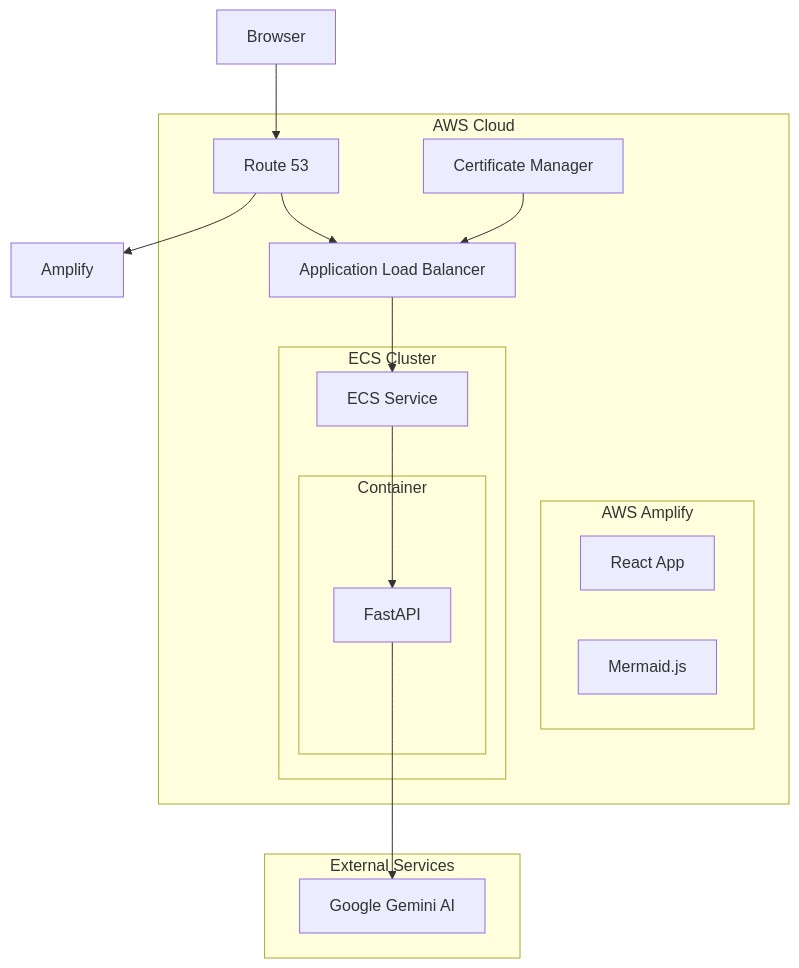
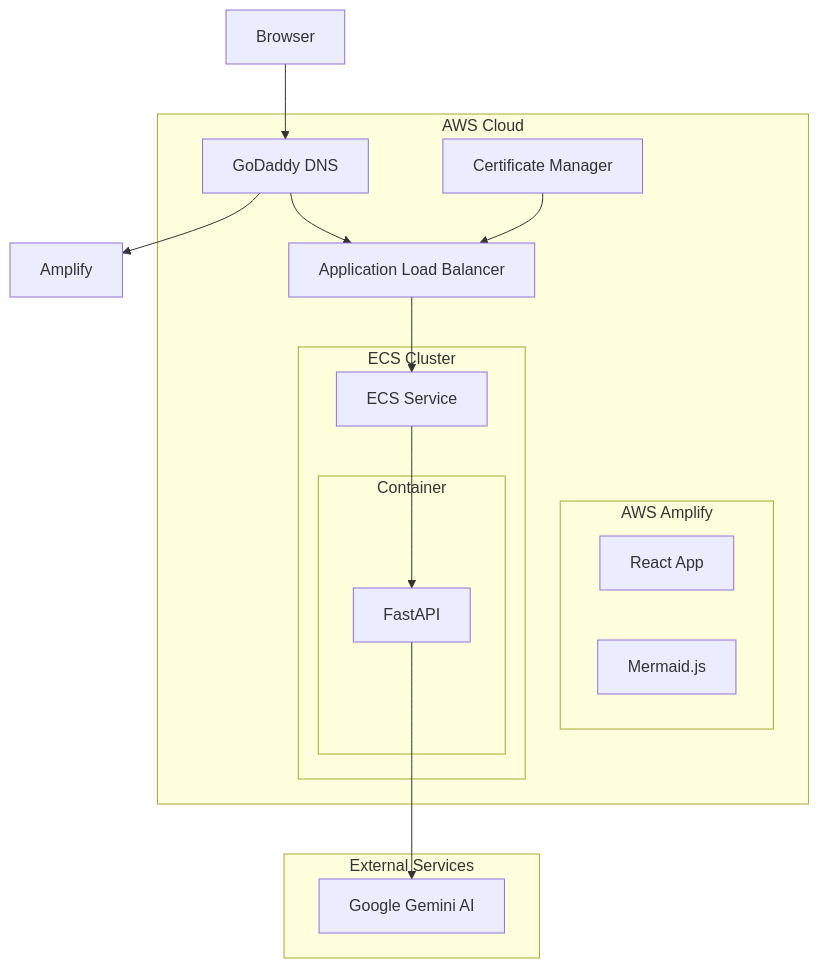
The diagram in README.md (anthonyhungnguyen/Text2Diagram), drawn with Mermaid before and after one commit. The commit also changed other lines of this file, not shown here.

````diff
--- a/README.md
+++ b/README.md
@@ -21,33 +21,33 @@
 ```mermaid
 flowchart TB
     subgraph AWS Cloud
         ALB[Application Load Balancer]
         
         subgraph "AWS Amplify"
             React[React App]
             Mermaid[Mermaid.js]
         end
         
         subgraph "ECS Cluster"
             Service[ECS Service]
             subgraph "Container"
                 FastAPI
             end
         end
         
-        Route53[Route 53]
+        GoDaddy[GoDaddy DNS]
         ACM[Certificate Manager]
     end
     
     subgraph "External Services"
         Gemini[Google Gemini AI]
     end
     
-    User[Browser] --> Route53
-    Route53 --> Amplify
-    Route53 --> ALB
+    User[Browser] --> GoDaddy
+    GoDaddy --> Amplify
+    GoDaddy --> ALB
     ALB --> Service
     Service --> FastAPI
     FastAPI --> Gemini
     ACM --> ALB
 ```
````
